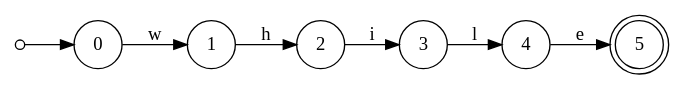
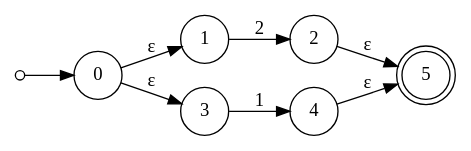
The diagram in nfa2.gv (EstebanAG1005/LaboratorioC-Lenguajes), drawn with Graphviz before and after one commit. The commit also changed 13 other files, not shown here.

```diff
--- a/nfa2.gv
+++ b/nfa2.gv
@@ -1,13 +1,14 @@
 digraph {
 	rankdir=LR size="8,5"
 	node [shape=doublecircle]
 	5
 	node [shape=circle]
 	start [label="" height=0.1 width=0.1]
 	start -> 0 [label=""]
-	0 -> 1 [label=w]
-	1 -> 2 [label=h]
-	2 -> 3 [label=i]
-	3 -> 4 [label=l]
-	4 -> 5 [label=e]
+	0 -> 1 [label="ε"]
+	0 -> 3 [label="ε"]
+	1 -> 2 [label=2]
+	3 -> 4 [label=1]
+	2 -> 5 [label="ε"]
+	4 -> 5 [label="ε"]
 }
```
